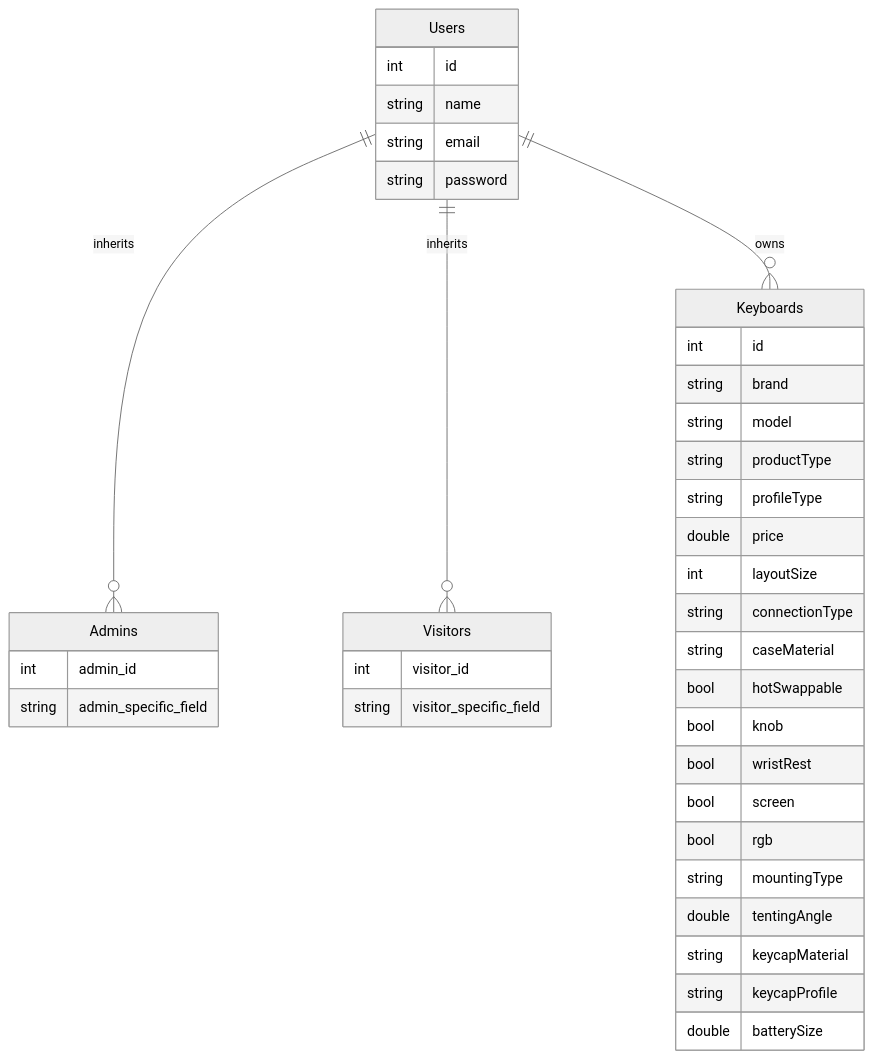
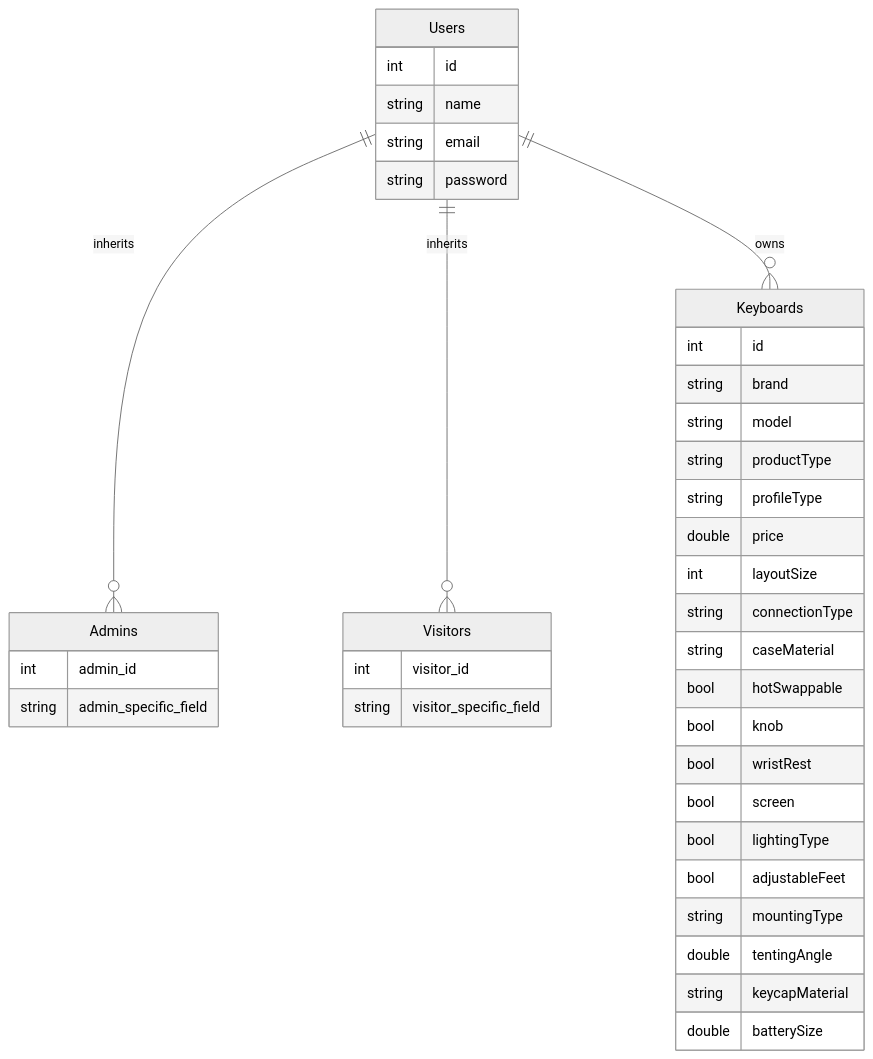
The diagram in README.md (GaafarDev/PC-Copilot-), drawn with Mermaid (neutral theme) before and after one commit.

Commit message:
Update keyboard elements

````diff
--- a/README.md
+++ b/README.md
@@ -5,42 +5,42 @@
 ```mermaid
 erDiagram
     Users ||--o{ Admins : "inherits"
     Users ||--o{ Visitors : "inherits"
     Users {
         int id
         string name
         string email
         string password
     }
     Admins {
         int admin_id
         string admin_specific_field
     }
     Visitors {
         int visitor_id
         string visitor_specific_field
     }
    Keyboards {
         int id
         string brand
         string model
         string productType
         string profileType
         double price
         int layoutSize
         string connectionType
         string caseMaterial
         bool hotSwappable
         bool knob
         bool wristRest
         bool screen
-        bool rgb
+        bool lightingType
+        bool adjustableFeet
         string mountingType
         double tentingAngle
         string keycapMaterial
-        string keycapProfile
         double batterySize
         
     }
     Users ||--o{ Keyboards : "owns"
 ```
````
